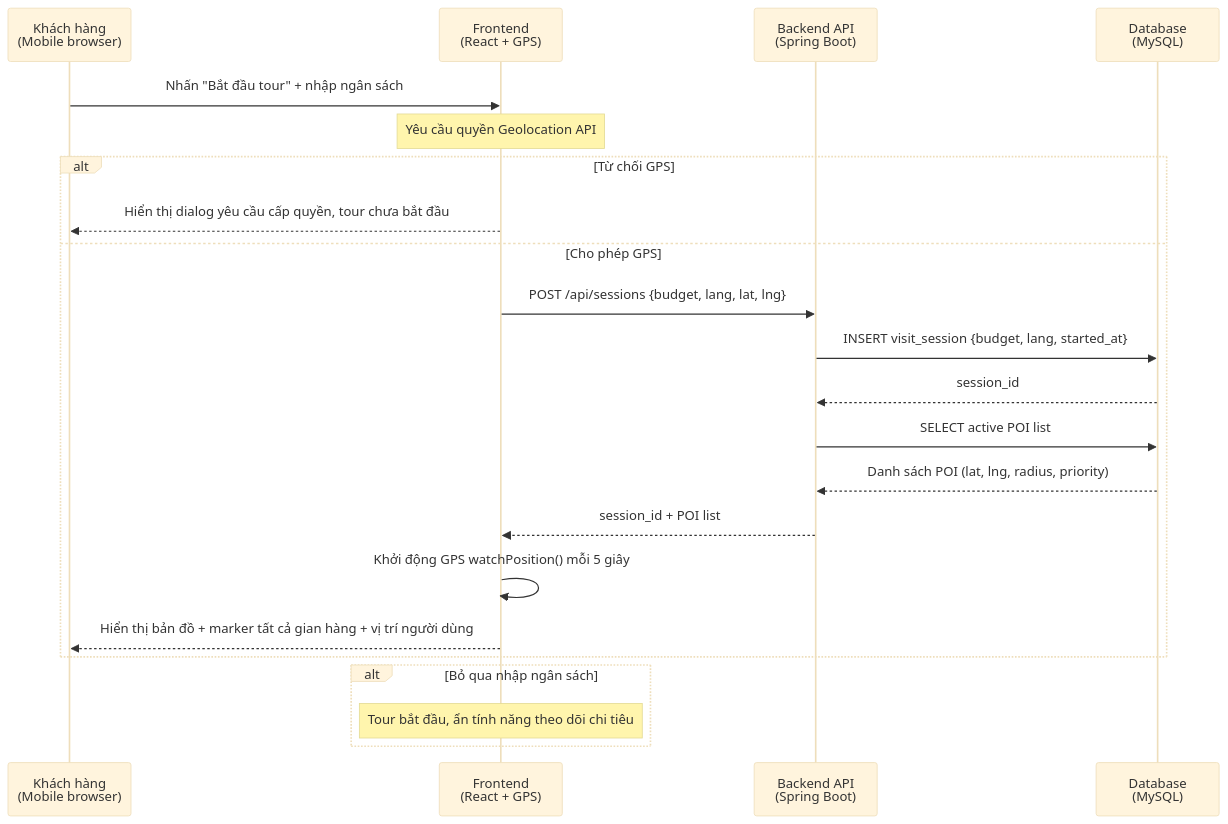
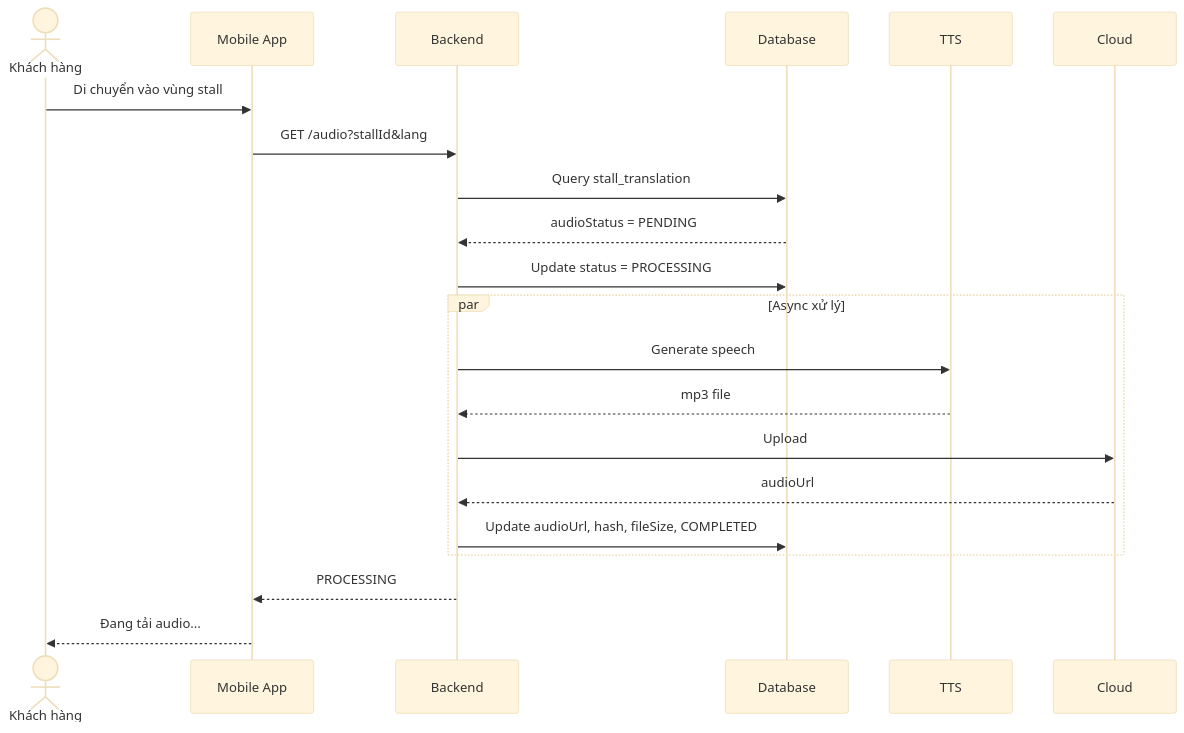
The third of 10 diagrams in 4.3_SoDo_Sequence.md (ThanhThaoBT/FoodStreet), drawn with Mermaid (base theme) before and after one commit. The commit also changed other lines of this file, not shown here.

````diff
--- a/4.3_SoDo_Sequence.md
+++ b/4.3_SoDo_Sequence.md
@@ -157,28 +63,28 @@
 ```mermaid
 sequenceDiagram
-    participant KH as Khách hàng<br/>(Mobile browser)
-    participant FE as Frontend<br/>(React + GPS)
-    participant BE as Backend API<br/>(Spring Boot)
-    participant DB as Database<br/>(MySQL)
+    actor KH as Khách hàng
+    participant FE as Mobile App
+    participant BE as Backend
+    participant DB as Database
+    participant TTS
+    participant Cloud
 
-    KH->>FE: Nhấn "Bắt đầu tour" + nhập ngân sách
+    KH->>FE: Di chuyển vào vùng stall
+    FE->>BE: GET /audio?stallId&lang
 
-    note over FE: Yêu cầu quyền Geolocation API
+    BE->>DB: Query stall_translation
+    DB-->>BE: audioStatus = PENDING
 
-    alt Từ chối GPS
-        FE-->>KH: Hiển thị dialog yêu cầu cấp quyền, tour chưa bắt đầu
-    else Cho phép GPS
-        FE->>BE: POST /api/sessions {budget, lang, lat, lng}
-        BE->>DB: INSERT visit_session {budget, lang, started_at}
-        DB-->>BE: session_id
-        BE->>DB: SELECT active POI list
-        DB-->>BE: Danh sách POI (lat, lng, radius, priority)
-        BE-->>FE: session_id + POI list
-        FE->>FE: Khởi động GPS watchPosition() mỗi 5 giây
-        FE-->>KH: Hiển thị bản đồ + marker tất cả gian hàng + vị trí người dùng
+    BE->>DB: Update status = PROCESSING
+
+    par Async xử lý
+        BE->>TTS: Generate speech
+        TTS-->>BE: mp3 file
+        BE->>Cloud: Upload
+        Cloud-->>BE: audioUrl
+        BE->>DB: Update audioUrl, hash, fileSize, COMPLETED
     end
 
-    alt Bỏ qua nhập ngân sách
-        note over FE: Tour bắt đầu, ẩn tính năng theo dõi chi tiêu
-    end
+    BE-->>FE: PROCESSING
+    FE-->>KH: Đang tải audio...
 ```
````
